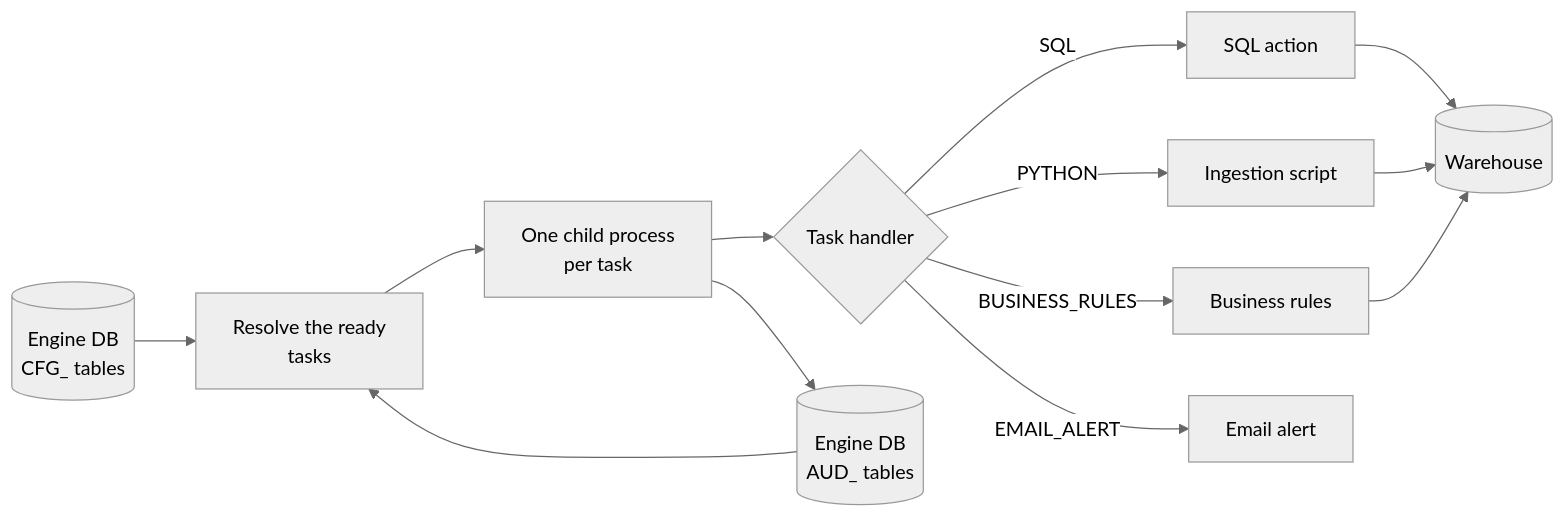
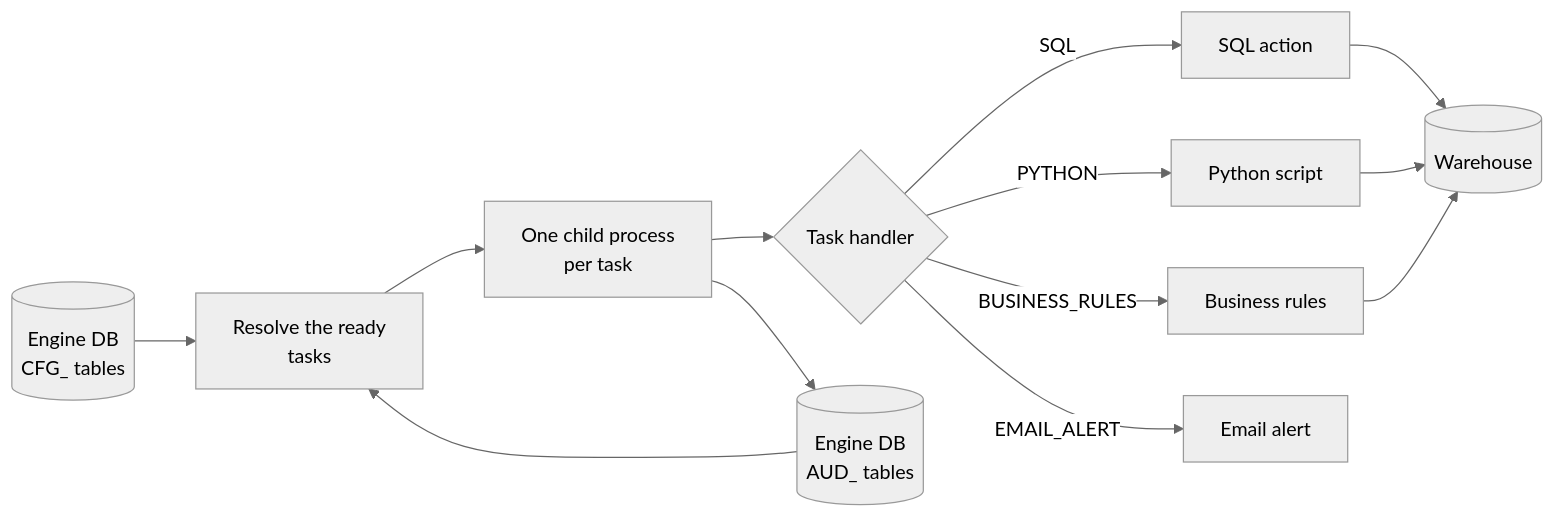
The first of 2 diagrams in docs/index.md (venkatcg00/etl-craft), drawn with Mermaid (neutral theme) before and after one commit. The commit also changed 142 other files, not shown here.

````diff
--- a/docs/index.md
+++ b/docs/index.md
@@ -33,15 +33,15 @@
 ```mermaid
 flowchart LR
     cfg[("Engine DB<br/>CFG_ tables")] --> resolve["Resolve the ready<br/>tasks"]
     resolve --> spawn["One child process<br/>per task"]
     spawn --> handler{"Task handler"}
     handler -->|SQL| sql["SQL action"]
-    handler -->|PYTHON| script["Ingestion script"]
+    handler -->|PYTHON| script["Python script"]
     handler -->|BUSINESS_RULES| rules["Business rules"]
     handler -->|EMAIL_ALERT| mail["Email alert"]
     sql --> wh[("Warehouse")]
     script --> wh
     rules --> wh
     spawn --> aud[("Engine DB<br/>AUD_ tables")]
     aud --> resolve
 ```
````
